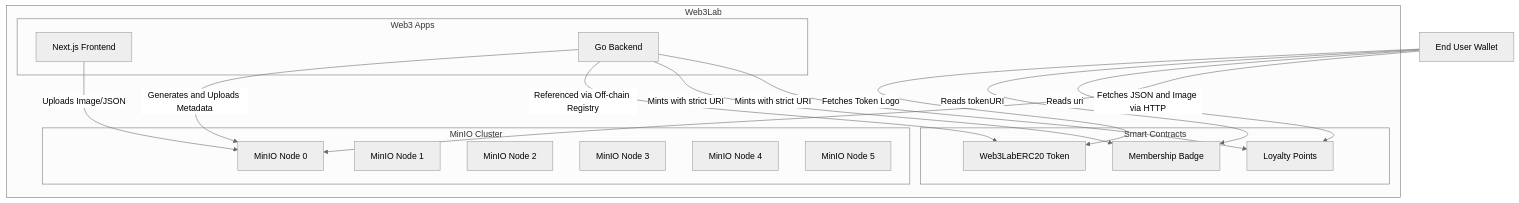
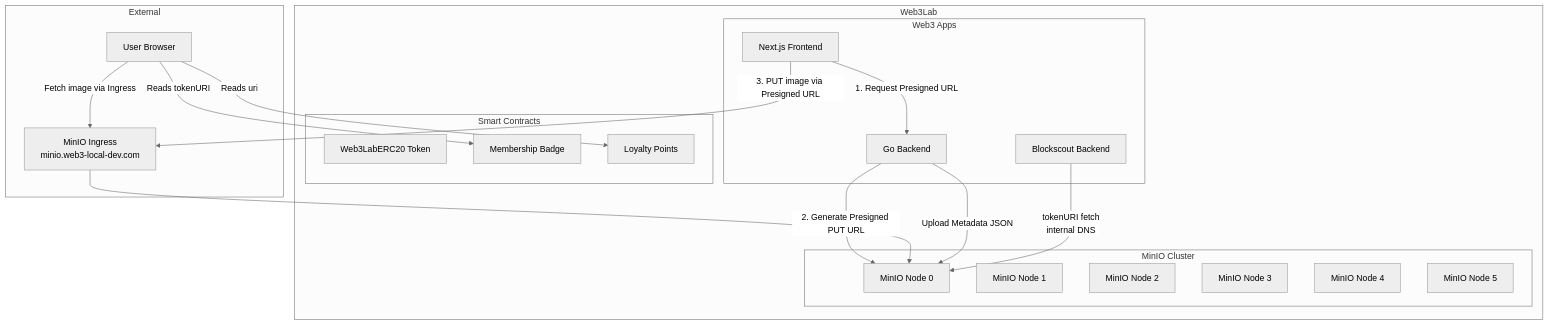
Before and after one commit to fancyshenmue/web3-lab-public: the first of 2 diagrams in openspec/specs/minio-storage/spec.md, drawn with Mermaid (neutral theme). The commit also changed other lines of this file and 62 other files, not shown here.

````diff
--- a/openspec/specs/minio-storage/spec.md
+++ b/openspec/specs/minio-storage/spec.md
@@ -15,36 +15,42 @@
 ```mermaid
 graph TD
     subgraph Minikube Cluster [Web3Lab]
         subgraph Web3 Apps
             Frontend[Next.js Frontend]
             Backend[Go Backend]
+            BS[Blockscout Backend]
         end
-        
+
         subgraph MinIO Cluster
             M0[MinIO Node 0]
             M1[MinIO Node 1]
             M2[MinIO Node 2]
             M3[MinIO Node 3]
             M4[MinIO Node 4]
             M5[MinIO Node 5]
         end
-        
+
         subgraph Smart Contracts
             ERC20[Web3LabERC20 Token]
             ERC721[Membership Badge]
             ERC1155[Loyalty Points]
         end
     end
 
-    Frontend -->|Uploads Image/JSON| M0
-    Backend -->|Generates and Uploads Metadata| M0
-    
-    Backend -->|Referenced via Off-chain Registry| ERC20
-    Backend -->|Mints with strict URI| ERC721
-    Backend -->|Mints with strict URI| ERC1155
-    
-    User[End User Wallet] -->|Fetches Token Logo| ERC20
+    subgraph External
+        ING[MinIO Ingress<br>minio.web3-local-dev.com]
+        User[User Browser]
+    end
+
+    Frontend -->|1. Request Presigned URL| Backend
+    Backend -->|2. Generate Presigned PUT URL| M0
+    Frontend -->|3. PUT image via Presigned URL| ING
+    ING --> M0
+    Backend -->|Upload Metadata JSON| M0
+
+    BS -->|tokenURI fetch<br>internal DNS| M0
+
+    User -->|Fetch image via Ingress| ING
     User -->|Reads tokenURI| ERC721
     User -->|Reads uri| ERC1155
-    User -->|Fetches JSON and Image via HTTP| M0
 ```
````
